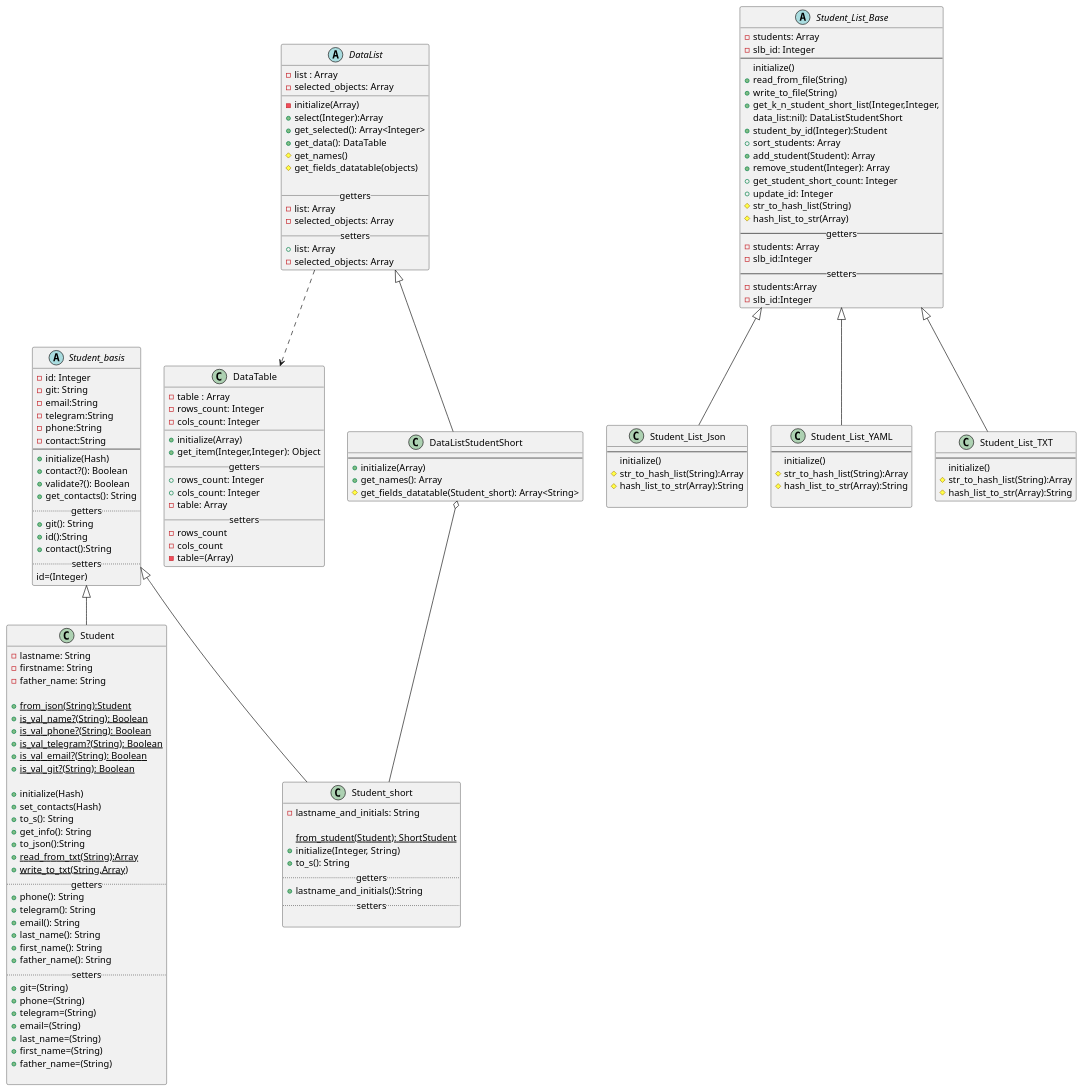
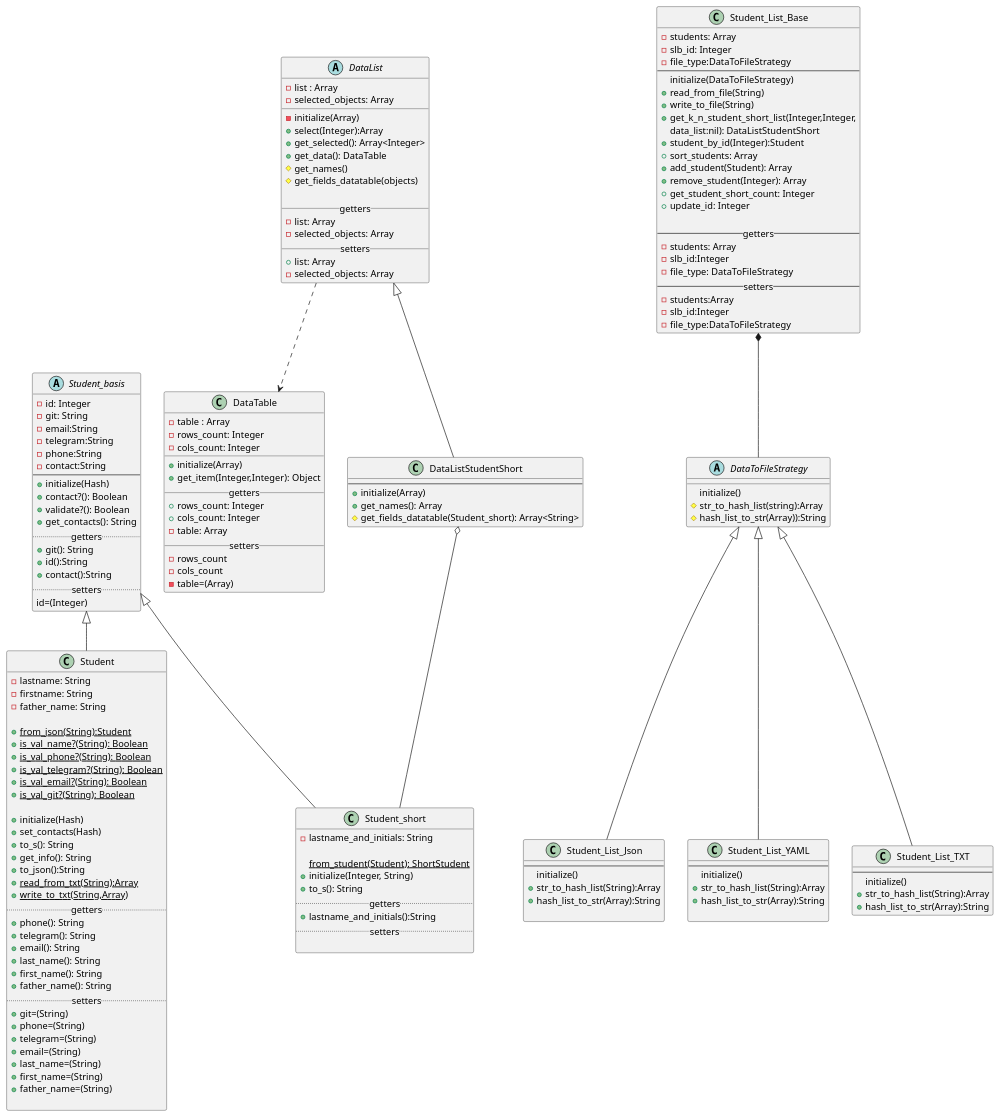
One commit to ColdEiler/pattern changed the diagram in lab2/student_diagrams.puml. Above: the diagram before and after it, drawn with PlantUML. The commit also changed 1 other file, not shown here.

Commit message:
Схему добавил

```diff
--- a/lab2/student_diagrams.puml
+++ b/lab2/student_diagrams.puml
@@ -1,166 +1,174 @@
 @startuml
 'https://plantuml.com/class-diagram
 abstract class Student_basis{
      -id: Integer
      -git: String
      -email:String
      -telegram:String
      -phone:String
      -contact:String
 --
      +initialize(Hash)
      +contact?(): Boolean
      +validate?(): Boolean
      +get_contacts(): String
      .. getters..
      +git(): String
      +id():String
      +contact():String
      .. setters ..
      id=(Integer)
 }
 
 class Student extends Student_basis{
      -lastname: String
      -firstname: String
      -father_name: String
 
      +{static}from_json(String):Student
      +{static}is_val_name?(String): Boolean
      +{static}is_val_phone?(String): Boolean
      +{static}is_val_telegram?(String): Boolean
      +{static}is_val_email?(String): Boolean
      +{static}is_val_git?(String): Boolean
 
      +initialize(Hash)
      +set_contacts(Hash)
      +to_s(): String
      +get_info(): String
      +to_json():String
      +{static}read_from_txt(String):Array
      +{static}write_to_txt(String,Array)
      .. getters ..
      +phone(): String
      +telegram(): String
      +email(): String
      +last_name(): String
      +first_name(): String
      +father_name(): String
      .. setters ..
      +git=(String)
      +phone=(String)
      +telegram=(String)
      +email=(String)
      +last_name=(String)
      +first_name=(String)
      +father_name=(String)
 
 }
 
 class Student_short extends Student_basis{
      -lastname_and_initials: String
      
      {static}from_student(Student): ShortStudent
      +initialize(Integer, String)
      +to_s(): String
      .. getters ..
      +lastname_and_initials():String
      .. setters ..
 
 }
 
 
 class DataTable{
     -table : Array
     -rows_count: Integer
     -cols_count: Integer
     __
     +initialize(Array)
     +get_item(Integer,Integer): Object
     __getters__
     +rows_count: Integer
     +cols_count: Integer
     -table: Array
     __setters__
     -rows_count
     -cols_count
     -table=(Array)
 }
 abstract class DataList{
     -list : Array
     -selected_objects: Array
     __
     -initialize(Array)
     +select(Integer):Array
     +get_selected(): Array<Integer>
     +get_data(): DataTable
     #get_names()
     #get_fields_datatable(objects)
 
     __getters__
     -list: Array
     -selected_objects: Array
     __setters__
     +list: Array
     -selected_objects: Array
 }
 
 class DataListStudentShort extends DataList{
     --
     +initialize(Array)
     +get_names(): Array
     #get_fields_datatable(Student_short): Array<String>
 }
 
 DataList ..> DataTable
 DataListStudentShort o-- Student_short
 
-abstract class Student_List_Base{
+class Student_List_Base{
     -students: Array
     -slb_id: Integer
+    -file_type:DataToFileStrategy
 --
-    initialize()
+    initialize(DataToFileStrategy)
     +read_from_file(String)
     +write_to_file(String)
     +get_k_n_student_short_list(Integer,Integer,
     data_list:nil): DataListStudentShort
     +student_by_id(Integer):Student
     +sort_students: Array
     +add_student(Student): Array
     +remove_student(Integer): Array
     +get_student_short_count: Integer
     +update_id: Integer
-    #str_to_hash_list(String)
-    #hash_list_to_str(Array)
+
 --  getters --
     -students: Array
     -slb_id:Integer
+    -file_type: DataToFileStrategy
 --  setters --
     -students:Array
     -slb_id:Integer
+    -file_type:DataToFileStrategy
 }
 
-class Student_List_Json extends Student_List_Base{
+abstract class DataToFileStrategy{
+    initialize()
+    #str_to_hash_list(string):Array
+    #hash_list_to_str(Array)):String
+}
+
+class Student_List_Json extends DataToFileStrategy{
     --
     initialize()
-    #str_to_hash_list(String):Array
-    #hash_list_to_str(Array):String
+    +str_to_hash_list(String):Array
+    +hash_list_to_str(Array):String
 
 }
 
-class Student_List_YAML extends Student_List_Base{
+class Student_List_YAML extends DataToFileStrategy{
     --
     initialize()
-    #str_to_hash_list(String):Array
-    #hash_list_to_str(Array):String
+    +str_to_hash_list(String):Array
+    +hash_list_to_str(Array):String
 
 }
 
-class Student_List_TXT extends Student_List_Base{
+class Student_List_TXT extends DataToFileStrategy{
     --
     initialize()
-    #str_to_hash_list(String):Array
-    #hash_list_to_str(Array):String
+    +str_to_hash_list(String):Array
+    +hash_list_to_str(Array):String
 }
-
+Student_List_Base *-- DataToFileStrategy
 @enduml
```
